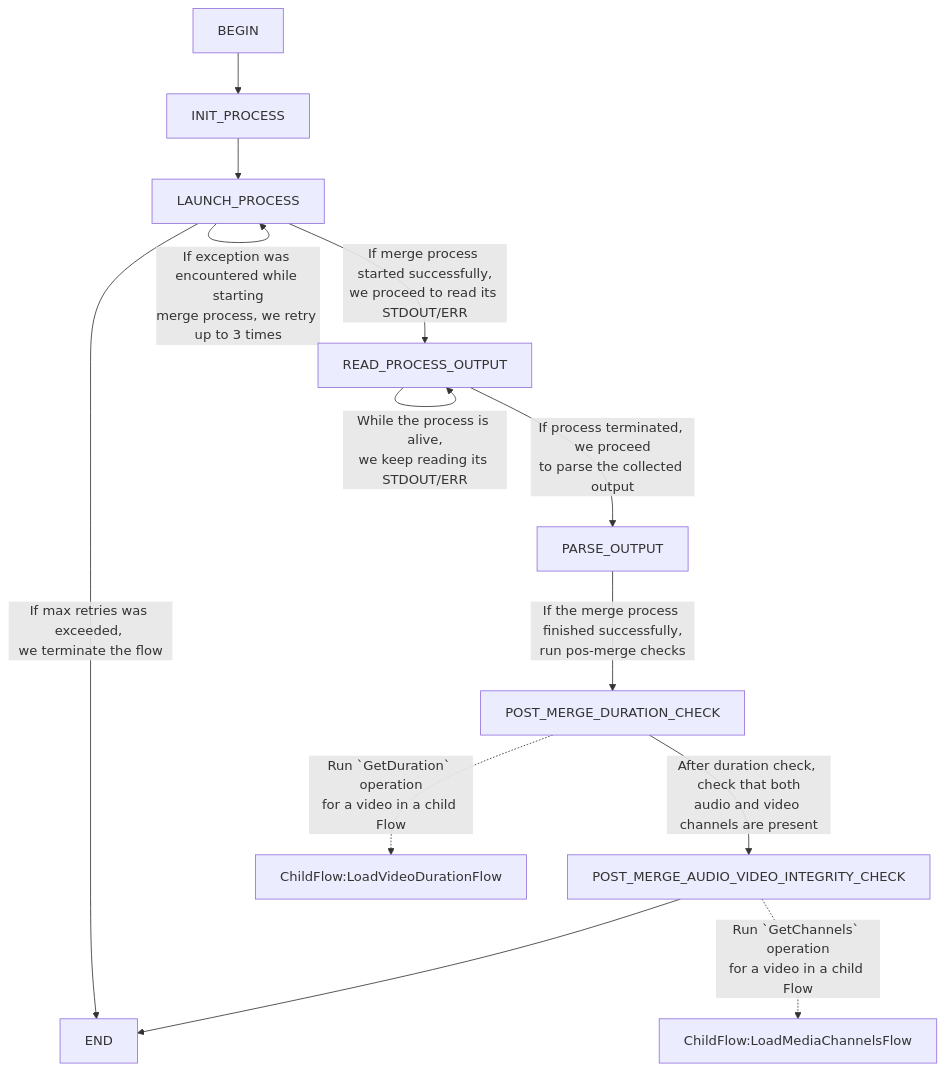
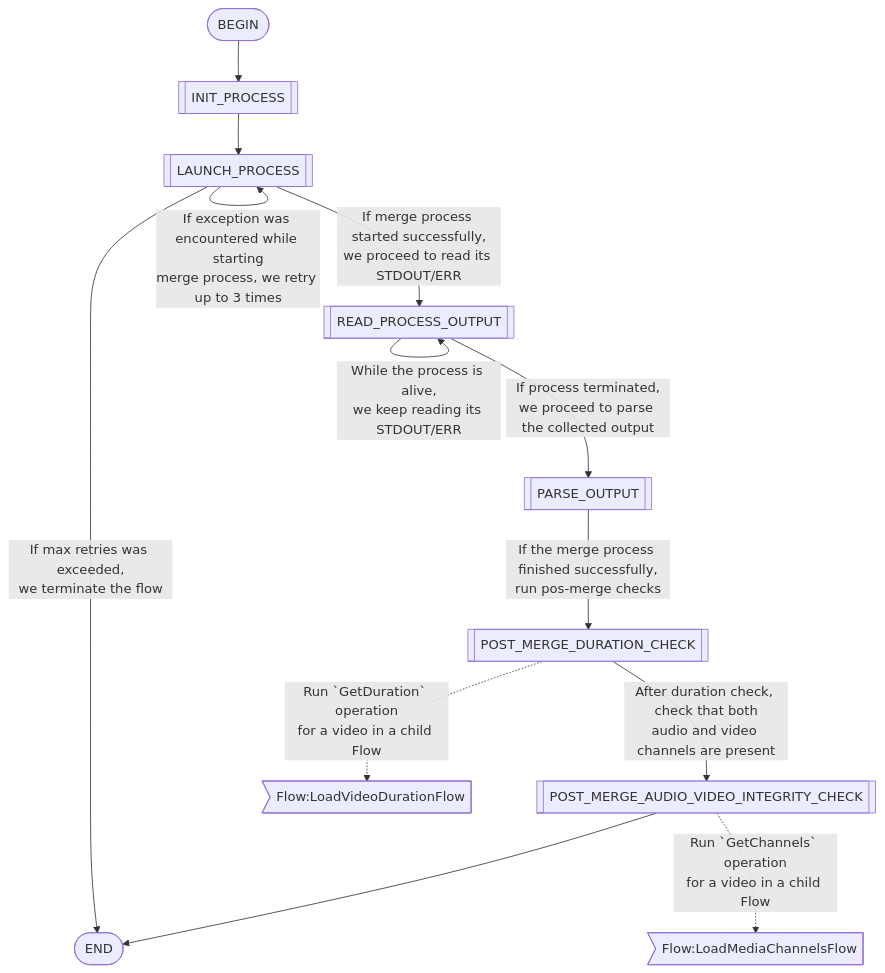
Before and after one commit to flower-org/HeliumIngestor: the sixth of 8 diagrams in README.md, drawn with Mermaid. The commit also changed other lines of this file and 1 other file, not shown here.

Commit message:
Mermaid diagrams auto-gen updates

````diff
--- a/README.md
+++ b/README.md
@@ -85,33 +104,32 @@
 ```mermaid
-graph
-BEGIN
-END
-LAUNCH_PROCESS
-LAUNCH_PROCESS -- If max retries was exceeded, 
-we terminate the flow --> END
-LAUNCH_PROCESS -- If merge process started successfully,
-we proceed to read its STDOUT/ERR --> READ_PROCESS_OUTPUT
-LAUNCH_PROCESS -- If exception was encountered while starting
-merge process, we retry up to 3 times --> LAUNCH_PROCESS
-INIT_PROCESS
-BEGIN --> INIT_PROCESS
-INIT_PROCESS --> LAUNCH_PROCESS
-READ_PROCESS_OUTPUT
-READ_PROCESS_OUTPUT -- While the process is alive,
-we keep reading its STDOUT/ERR --> READ_PROCESS_OUTPUT
-READ_PROCESS_OUTPUT -- If process terminated, we proceed
-to parse the collected output --> PARSE_OUTPUT
-PARSE_OUTPUT
-POST_MERGE_DURATION_CHECK
-PARSE_OUTPUT -- If the merge process finished successfully,
-run pos-merge checks--> POST_MERGE_DURATION_CHECK
-POST_MERGE_AUDIO_VIDEO_INTEGRITY_CHECK
+flowchart
+BEGIN([BEGIN])
+END([END])
+LAUNCH_PROCESS[[LAUNCH_PROCESS]]
+LAUNCH_PROCESS --If merge process started successfully,
+we proceed to read its STDOUT/ERR--> READ_PROCESS_OUTPUT[[READ_PROCESS_OUTPUT]]
+LAUNCH_PROCESS --If exception was encountered while starting
+merge process, we retry up to 3 times--> LAUNCH_PROCESS[[LAUNCH_PROCESS]]
+LAUNCH_PROCESS --If max retries was exceeded,
+we terminate the flow--> END([END])
+INIT_PROCESS[[INIT_PROCESS]]
+BEGIN([BEGIN]) --> INIT_PROCESS[[INIT_PROCESS]]
+INIT_PROCESS --> LAUNCH_PROCESS[[LAUNCH_PROCESS]]
+POST_MERGE_DURATION_CHECK[[POST_MERGE_DURATION_CHECK]]
 POST_MERGE_DURATION_CHECK --After duration check, check that both
-audio and video channels are present--> POST_MERGE_AUDIO_VIDEO_INTEGRITY_CHECK
-POST_MERGE_AUDIO_VIDEO_INTEGRITY_CHECK --> END
-
-POST_MERGE_DURATION_CHECK -. Run `GetDuration` operation
-for a video in a child Flow .-> ChildFlow:LoadVideoDurationFlow
-POST_MERGE_AUDIO_VIDEO_INTEGRITY_CHECK -. Run `GetChannels` operation
-for a video in a child Flow .-> ChildFlow:LoadMediaChannelsFlow
+audio and video channels are present--> POST_MERGE_AUDIO_VIDEO_INTEGRITY_CHECK[[POST_MERGE_AUDIO_VIDEO_INTEGRITY_CHECK]]
+POST_MERGE_DURATION_CHECK -.Run `GetDuration` operation
+for a video in a child Flow.-> Flow:LoadVideoDurationFlow>Flow:LoadVideoDurationFlow]
+POST_MERGE_AUDIO_VIDEO_INTEGRITY_CHECK[[POST_MERGE_AUDIO_VIDEO_INTEGRITY_CHECK]]
+POST_MERGE_AUDIO_VIDEO_INTEGRITY_CHECK --> END([END])
+POST_MERGE_AUDIO_VIDEO_INTEGRITY_CHECK -.Run `GetChannels` operation
+for a video in a child Flow.-> Flow:LoadMediaChannelsFlow>Flow:LoadMediaChannelsFlow]
+READ_PROCESS_OUTPUT[[READ_PROCESS_OUTPUT]]
+READ_PROCESS_OUTPUT --While the process is alive,
+we keep reading its STDOUT/ERR--> READ_PROCESS_OUTPUT[[READ_PROCESS_OUTPUT]]
+READ_PROCESS_OUTPUT --If process terminated,
+we proceed to parse the collected output--> PARSE_OUTPUT[[PARSE_OUTPUT]]
+PARSE_OUTPUT[[PARSE_OUTPUT]]
+PARSE_OUTPUT --If the merge process finished successfully,
+run pos-merge checks--> POST_MERGE_DURATION_CHECK[[POST_MERGE_DURATION_CHECK]]
 ```
````
